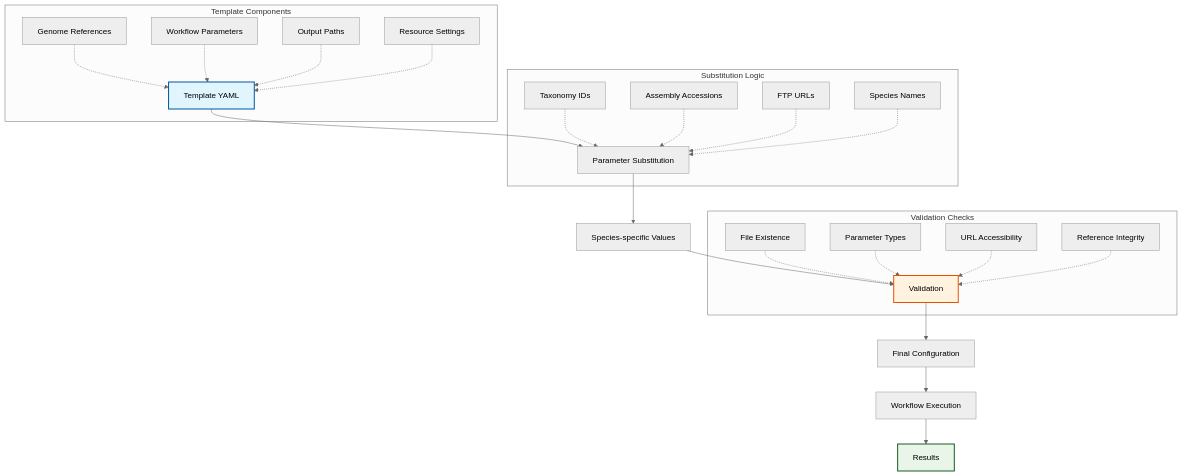
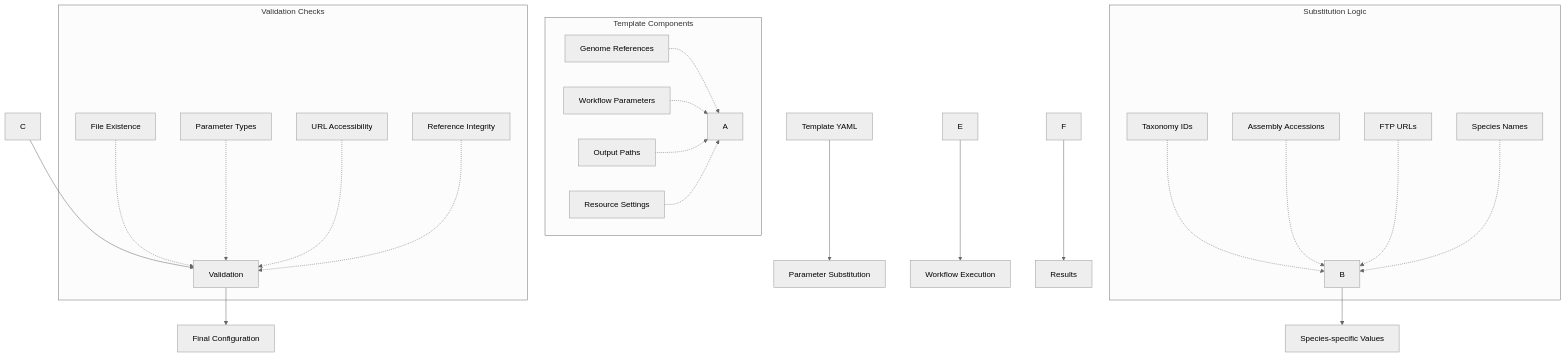
The third of 3 diagrams in config/README.md (docxology/MetaInformAnt), drawn with Mermaid (neutral theme) before and after one commit. The commit also changed other lines of this file and 611 other files, not shown here.

````diff
--- a/config/README.md
+++ b/config/README.md
@@ -91,36 +85,33 @@
 ```mermaid
 graph TD
-    A[Template YAML] --> B[Parameter Substitution]
-    B --> C[Species-specific Values]
+    AtemplateYaml[Template YAML] --> BparameterSubstitution[Parameter Substitution]
+    B --> Cspecies-specificValues[Species-specific Values]
 
     C --> D[Validation]
-    D --> E[Final Configuration]
+    D --> EfinalConfiguration[Final Configuration]
 
-    E --> F[Workflow Execution]
+    E --> FworkflowExecution[Workflow Execution]
     F --> G[Results]
 
-    style A fill:#e1f5fe,stroke:#01579b,stroke-width:2px
-    style D fill:#fff3e0,stroke:#e65100,stroke-width:2px
-    style G fill:#e8f5e8,stroke:#1b5e20,stroke-width:2px
 
     subgraph "Template Components"
-        H[Genome References] -.-> A
-        I[Workflow Parameters] -.-> A
-        J[Output Paths] -.-> A
-        K[Resource Settings] -.-> A
+        HgenomeReferences[Genome References] -.-> A
+        IworkflowParameters[Workflow Parameters] -.-> A
+        JoutputPaths[Output Paths] -.-> A
+        KresourceSettings[Resource Settings] -.-> A
     end
 
     subgraph "Substitution Logic"
-        L[Taxonomy IDs] -.-> B
-        M[Assembly Accessions] -.-> B
-        N[FTP URLs] -.-> B
-        O[Species Names] -.-> B
+        LtaxonomyIds[Taxonomy IDs] -.-> B
+        MassemblyAccessions[Assembly Accessions] -.-> B
+        NftpUrls[FTP URLs] -.-> B
+        OspeciesNames[Species Names] -.-> B
     end
 
     subgraph "Validation Checks"
-        P[File Existence] -.-> D
-        Q[Parameter Types] -.-> D
-        R[URL Accessibility] -.-> D
-        S[Reference Integrity] -.-> D
+        PfileExistence[File Existence] -.-> D
+        QparameterTypes[Parameter Types] -.-> D
+        RurlAccessibility[URL Accessibility] -.-> D
+        SreferenceIntegrity[Reference Integrity] -.-> D
     end
 ```
````
